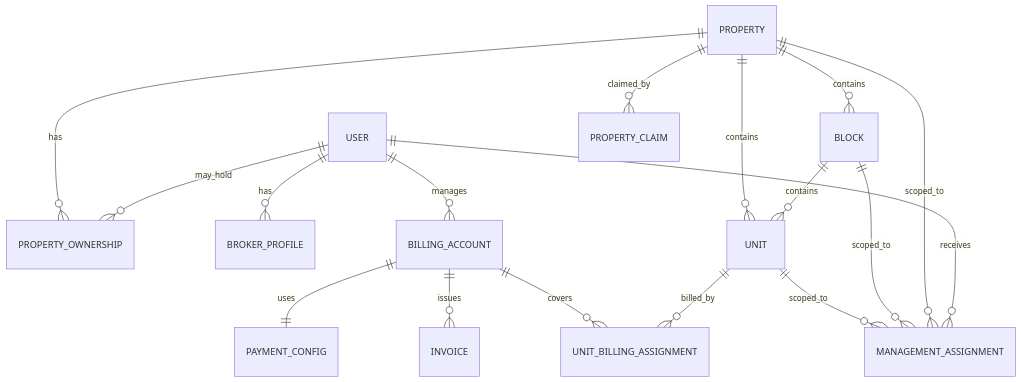
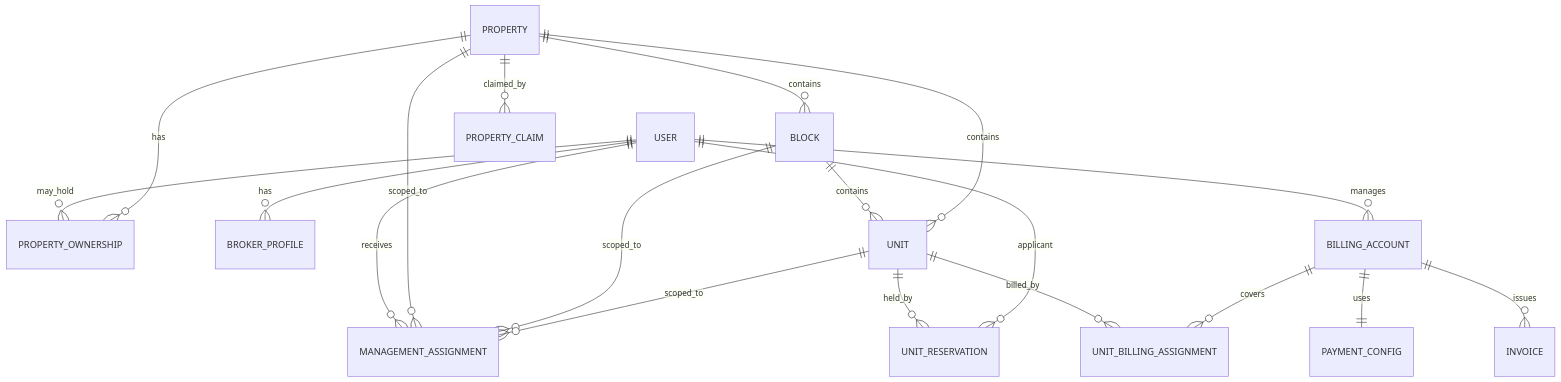
Before and after one commit to dev-mwero/keja-yangu: the first of 2 diagrams in docs/plans/multi-admin-revamp-03-domain-model.md, drawn with Mermaid. The commit also changed other lines of this file and 8 other files, not shown here.

````diff
--- a/docs/plans/multi-admin-revamp-03-domain-model.md
+++ b/docs/plans/multi-admin-revamp-03-domain-model.md
@@ -756,19 +783,21 @@
 ```mermaid
 erDiagram
     USER ||--o{ MANAGEMENT_ASSIGNMENT : receives
     USER ||--o{ PROPERTY_OWNERSHIP : may_hold
     USER ||--o{ BROKER_PROFILE : has
     USER ||--o{ BILLING_ACCOUNT : manages
     PROPERTY ||--o{ BLOCK : contains
     PROPERTY ||--o{ PROPERTY_OWNERSHIP : has
     PROPERTY ||--o{ PROPERTY_CLAIM : claimed_by
     PROPERTY ||--o{ MANAGEMENT_ASSIGNMENT : scoped_to
     BLOCK ||--o{ UNIT : contains
     BLOCK ||--o{ MANAGEMENT_ASSIGNMENT : scoped_to
     UNIT ||--o{ MANAGEMENT_ASSIGNMENT : scoped_to
+    UNIT ||--o{ UNIT_RESERVATION : held_by
+    USER ||--o{ UNIT_RESERVATION : applicant
     UNIT ||--o{ UNIT_BILLING_ASSIGNMENT : billed_by
     BILLING_ACCOUNT ||--o{ UNIT_BILLING_ASSIGNMENT : covers
     BILLING_ACCOUNT ||--|| PAYMENT_CONFIG : uses
     BILLING_ACCOUNT ||--o{ INVOICE : issues
     PROPERTY ||--o{ UNIT : contains
 ```
````
